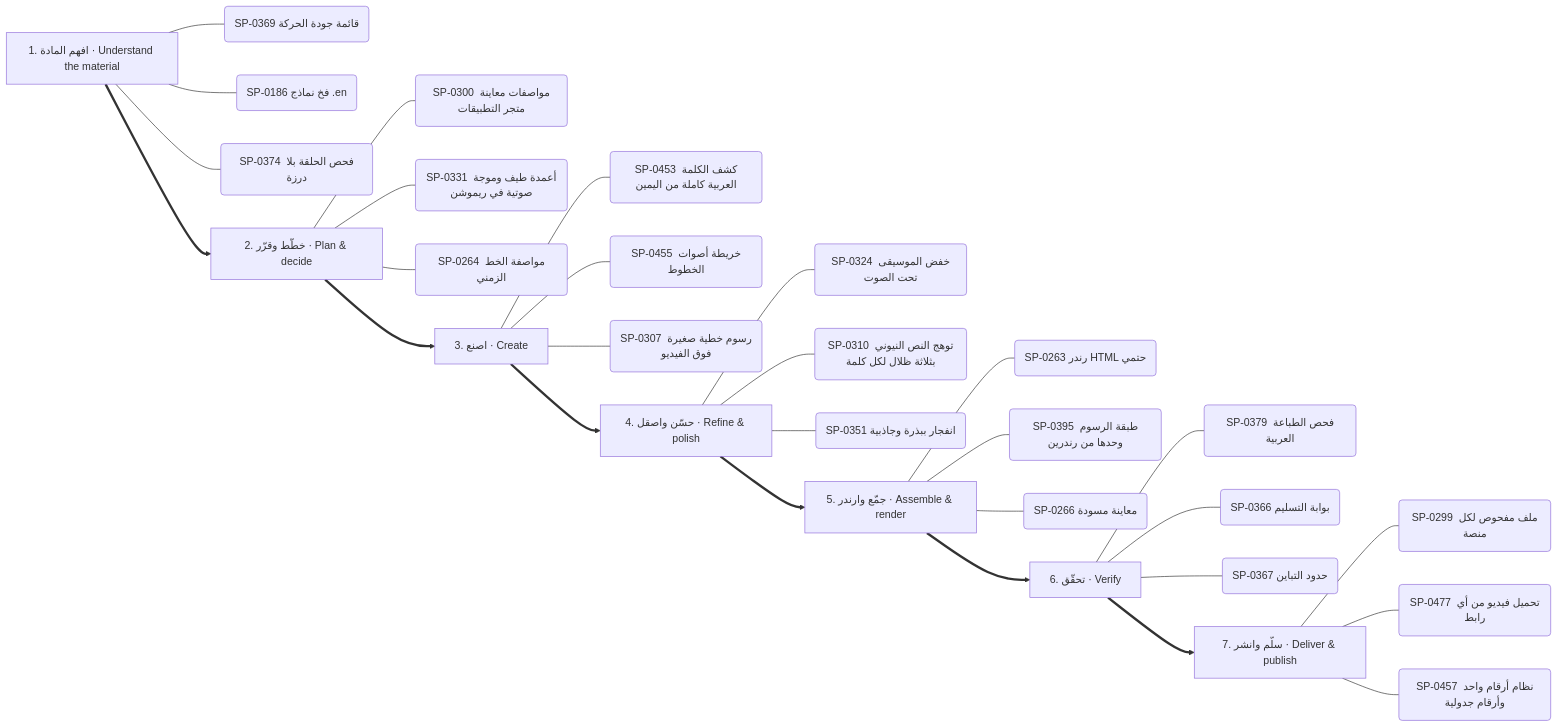
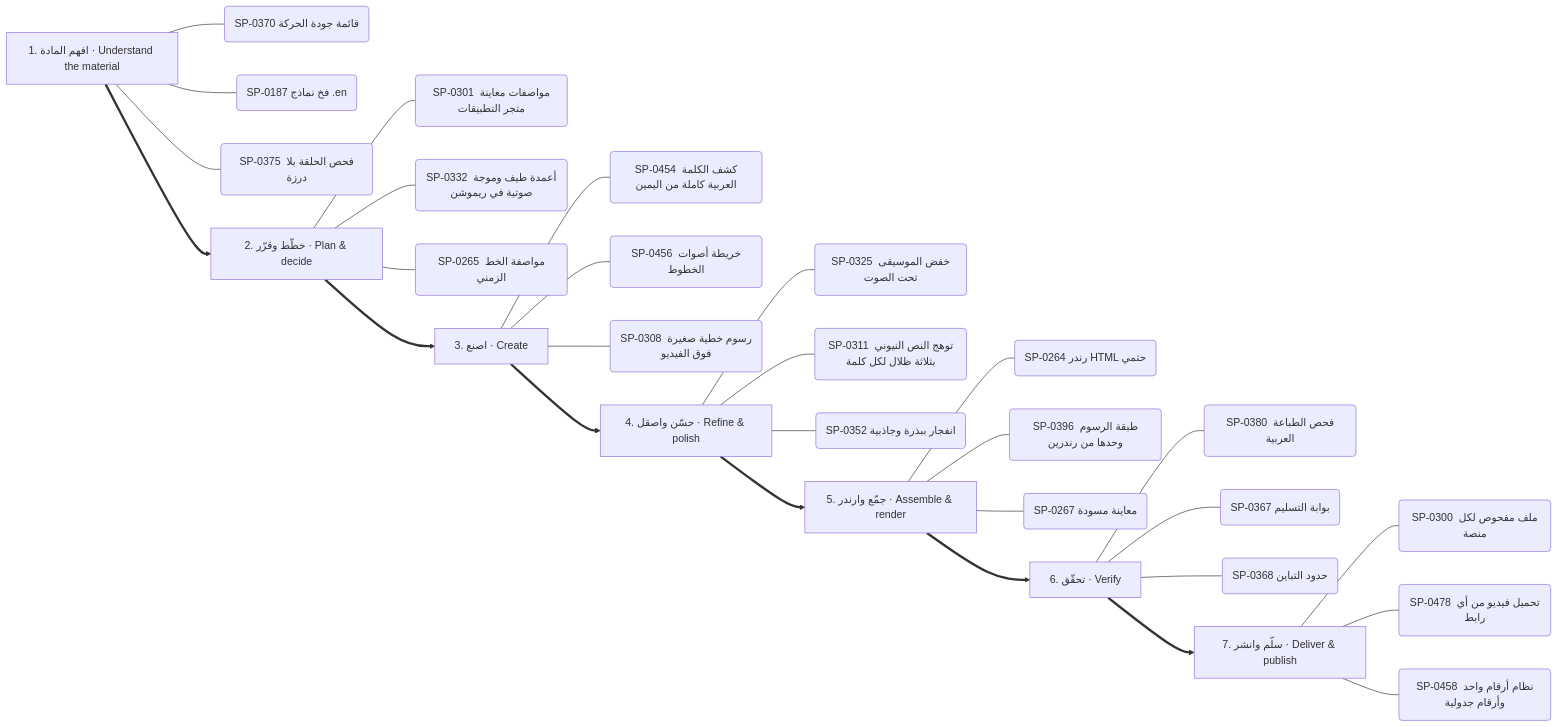
One commit to kosif199022-jpg/kosif-tool changed the second of 13 diagrams in .claude/skills/kosif-superpowers/references/capability-mindmap.md. Above: the diagram before and after it, drawn with Mermaid. The commit also changed other lines of this file and 57 other files, not shown here.

````diff
--- a/.claude/skills/kosif-superpowers/references/capability-mindmap.md
+++ b/.claude/skills/kosif-superpowers/references/capability-mindmap.md
@@ -129,37 +129,37 @@
 ```mermaid
 flowchart LR
   S0["1. افهم المادة · Understand the material"]
-  S0 --- S0_0("SP-0369 قائمة جودة الحركة")
-  S0 --- S0_1("SP-0186 فخ نماذج .en")
-  S0 --- S0_2("SP-0374 فحص الحلقة بلا درزة")
+  S0 --- S0_0("SP-0370 قائمة جودة الحركة")
+  S0 --- S0_1("SP-0187 فخ نماذج .en")
+  S0 --- S0_2("SP-0375 فحص الحلقة بلا درزة")
   S1["2. خطّط وقرّر · Plan & decide"]
-  S1 --- S1_0("SP-0300 مواصفات معاينة متجر التطبيقات")
-  S1 --- S1_1("SP-0331 أعمدة طيف وموجة صوتية في ريموشن")
-  S1 --- S1_2("SP-0264 مواصفة الخط الزمني")
+  S1 --- S1_0("SP-0301 مواصفات معاينة متجر التطبيقات")
+  S1 --- S1_1("SP-0332 أعمدة طيف وموجة صوتية في ريموشن")
+  S1 --- S1_2("SP-0265 مواصفة الخط الزمني")
   S0 ==> S1
   S2["3. اصنع · Create"]
-  S2 --- S2_0("SP-0453 كشف الكلمة العربية كاملة من اليمين")
-  S2 --- S2_1("SP-0455 خريطة أصوات الخطوط")
-  S2 --- S2_2("SP-0307 رسوم خطية صغيرة فوق الفيديو")
+  S2 --- S2_0("SP-0454 كشف الكلمة العربية كاملة من اليمين")
+  S2 --- S2_1("SP-0456 خريطة أصوات الخطوط")
+  S2 --- S2_2("SP-0308 رسوم خطية صغيرة فوق الفيديو")
   S1 ==> S2
   S3["4. حسّن واصقل · Refine & polish"]
-  S3 --- S3_0("SP-0324 خفض الموسيقى تحت الصوت")
-  S3 --- S3_1("SP-0310 توهج النص النيوني بثلاثة ظلال لكل كلمة")
-  S3 --- S3_2("SP-0351 انفجار ببذرة وجاذبية")
+  S3 --- S3_0("SP-0325 خفض الموسيقى تحت الصوت")
+  S3 --- S3_1("SP-0311 توهج النص النيوني بثلاثة ظلال لكل كلمة")
+  S3 --- S3_2("SP-0352 انفجار ببذرة وجاذبية")
   S2 ==> S3
   S4["5. جمّع وارندر · Assemble & render"]
-  S4 --- S4_0("SP-0263 رندر HTML حتمي")
-  S4 --- S4_1("SP-0395 طبقة الرسوم وحدها من رندرين")
-  S4 --- S4_2("SP-0266 معاينة مسودة")
+  S4 --- S4_0("SP-0264 رندر HTML حتمي")
+  S4 --- S4_1("SP-0396 طبقة الرسوم وحدها من رندرين")
+  S4 --- S4_2("SP-0267 معاينة مسودة")
   S3 ==> S4
   S5["6. تحقّق · Verify"]
-  S5 --- S5_0("SP-0379 فحص الطباعة العربية")
-  S5 --- S5_1("SP-0366 بوابة التسليم")
-  S5 --- S5_2("SP-0367 حدود التباين")
+  S5 --- S5_0("SP-0380 فحص الطباعة العربية")
+  S5 --- S5_1("SP-0367 بوابة التسليم")
+  S5 --- S5_2("SP-0368 حدود التباين")
   S4 ==> S5
   S6["7. سلّم وانشر · Deliver & publish"]
-  S6 --- S6_0("SP-0299 ملف مفحوص لكل منصة")
-  S6 --- S6_1("SP-0477 تحميل فيديو من أي رابط")
-  S6 --- S6_2("SP-0457 نظام أرقام واحد وأرقام جدولية")
+  S6 --- S6_0("SP-0300 ملف مفحوص لكل منصة")
+  S6 --- S6_1("SP-0478 تحميل فيديو من أي رابط")
+  S6 --- S6_2("SP-0458 نظام أرقام واحد وأرقام جدولية")
   S5 ==> S6
 ```
````
